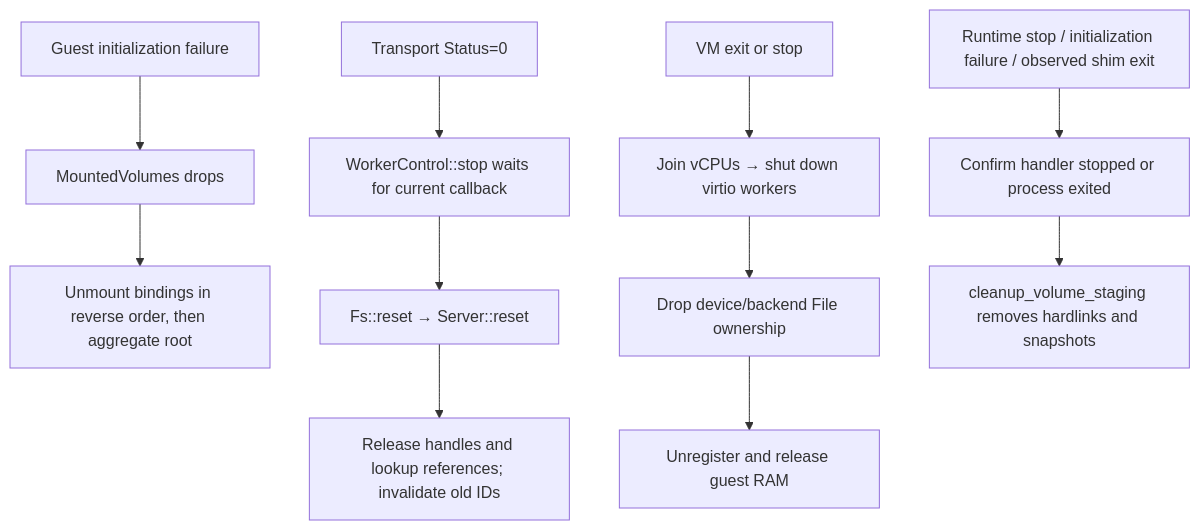
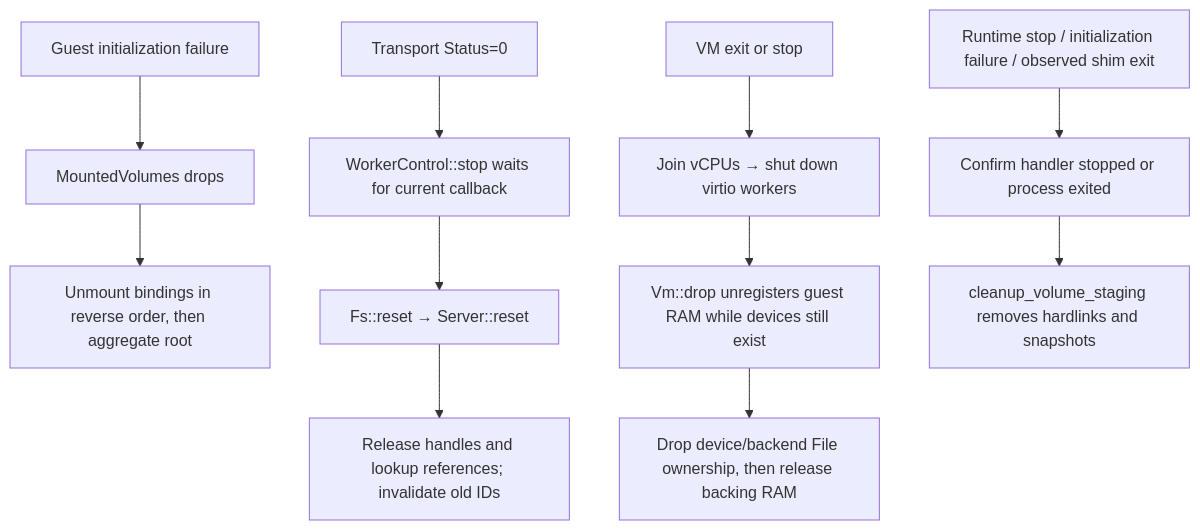
Before and after one commit to boxlite-ai/boxlite: the fourth of 5 diagrams in docs/contributing/architecture/vmm/virtio-fs.md, drawn with Mermaid. The commit also changed other lines of this file, not shown here.

Commit message:
docs(vmm): clarify delivery limits and RAM teardown order

````diff
--- a/docs/contributing/architecture/vmm/virtio-fs.md
+++ b/docs/contributing/architecture/vmm/virtio-fs.md
@@ -201,13 +201,13 @@
 ```mermaid
 flowchart TD
     A["Guest initialization failure"] --> B["MountedVolumes drops"]
     B --> C["Unmount bindings in reverse order, then aggregate root"]
     D["Transport Status=0"] --> E["WorkerControl::stop waits for current callback"]
     E --> F["Fs::reset → Server::reset"]
     F --> G["Release handles and lookup references; invalidate old IDs"]
     H["VM exit or stop"] --> I["Join vCPUs → shut down virtio workers"]
-    I --> J["Drop device/backend File ownership"]
-    J --> K["Unregister and release guest RAM"]
+    I --> J["Vm::drop unregisters guest RAM while devices still exist"]
+    J --> K["Drop device/backend File ownership, then release backing RAM"]
     L["Runtime stop / initialization failure / observed shim exit"] --> M["Confirm handler stopped or process exited"]
     M --> N["cleanup_volume_staging removes hardlinks and snapshots"]
 ```
````
